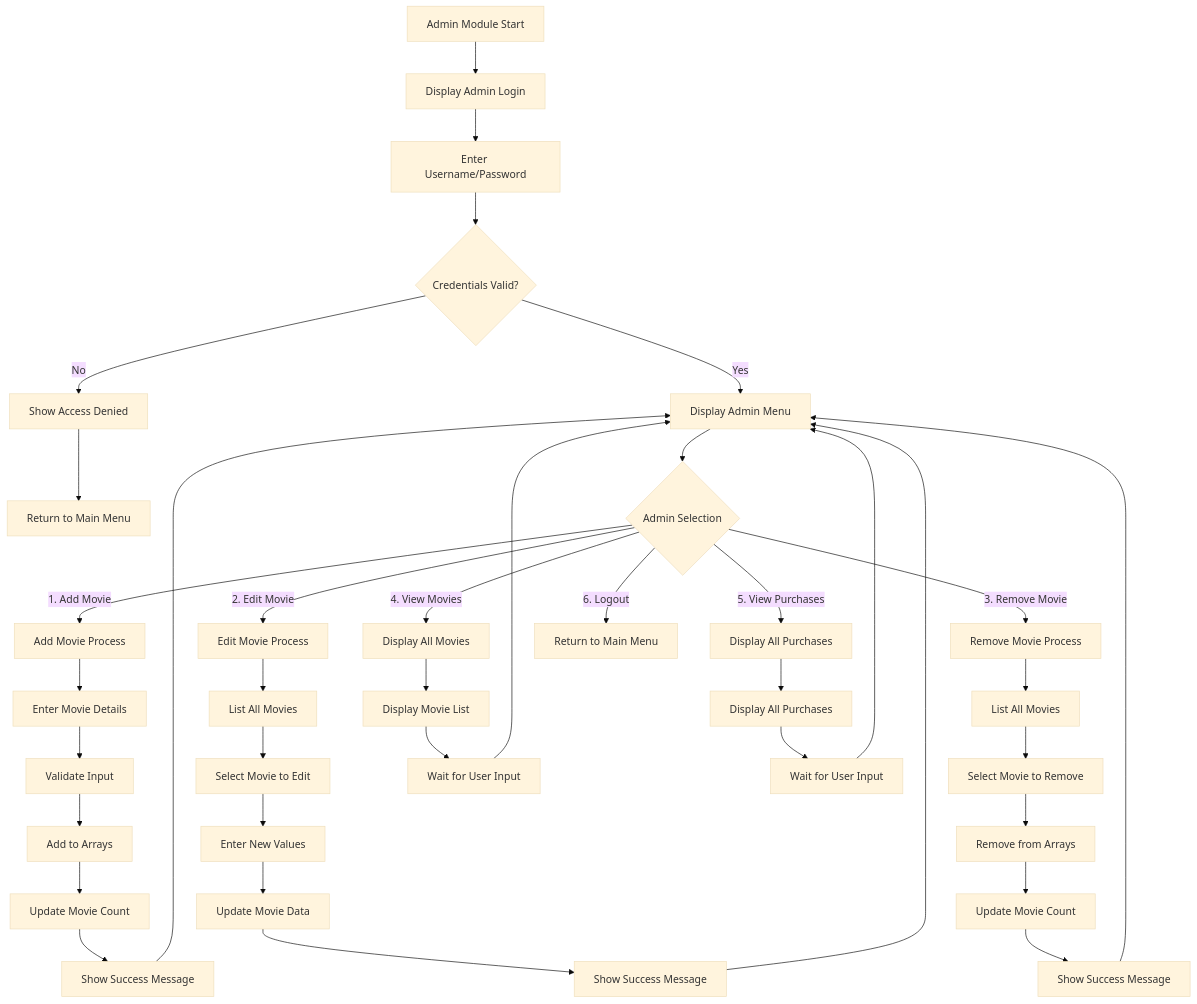
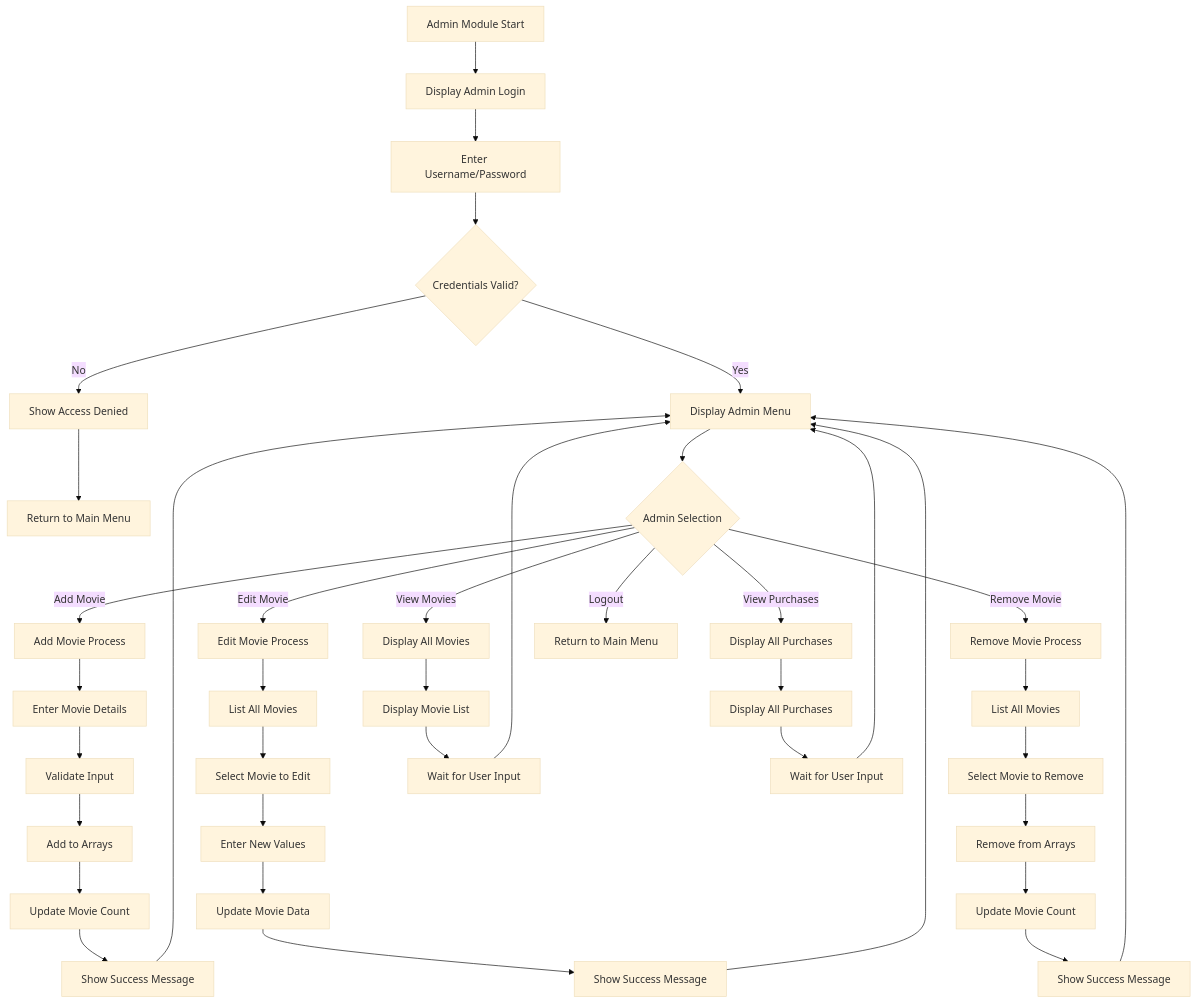
Before and after one commit to QUENJiX/test.github.io: the second of 5 diagrams in README.md, drawn with Mermaid (base theme). The commit also changed other lines of this file, not shown here.

````diff
--- a/README.md
+++ b/README.md
@@ -413,40 +413,40 @@
 ```mermaid
 graph TD
     A[Admin Module Start] --> B[Display Admin Login]
     B --> C[Enter Username/Password]
     C --> D{Credentials Valid?}
     D -->|No| E[Show Access Denied]
     E --> F[Return to Main Menu]
     D -->|Yes| G[Display Admin Menu]
     G --> H{Admin Selection}
-    H -->|1. Add Movie| I[Add Movie Process]
-    H -->|2. Edit Movie| J[Edit Movie Process]
-    H -->|3. Remove Movie| K[Remove Movie Process]
-    H -->|4. View Movies| L[Display All Movies]
-    H -->|5. View Purchases| M[Display All Purchases]
-    H -->|6. Logout| N[Return to Main Menu]
+    H -->|Add Movie| I[Add Movie Process]
+    H -->|Edit Movie| J[Edit Movie Process]
+    H -->|Remove Movie| K[Remove Movie Process]
+    H -->|View Movies| L[Display All Movies]
+    H -->|View Purchases| M[Display All Purchases]
+    H -->|Logout| N[Return to Main Menu]
     I --> O[Enter Movie Details]
     O --> P[Validate Input]
     P --> Q[Add to Arrays]
     Q --> R[Update Movie Count]
     R --> S[Show Success Message]
     S --> G
     J --> T[List All Movies]
     T --> U[Select Movie to Edit]
     U --> V[Enter New Values]
     V --> W[Update Movie Data]
     W --> X[Show Success Message]
     X --> G
     K --> Y[List All Movies]
     Y --> Z[Select Movie to Remove]
     Z --> AA[Remove from Arrays]
     AA --> AB[Update Movie Count]
     AB --> AC[Show Success Message]
     AC --> G
     L --> AD[Display Movie List]
     AD --> AE[Wait for User Input]
     AE --> G
     M --> AF[Display All Purchases]
     AF --> AG[Wait for User Input]
     AG --> G
 ```
````
